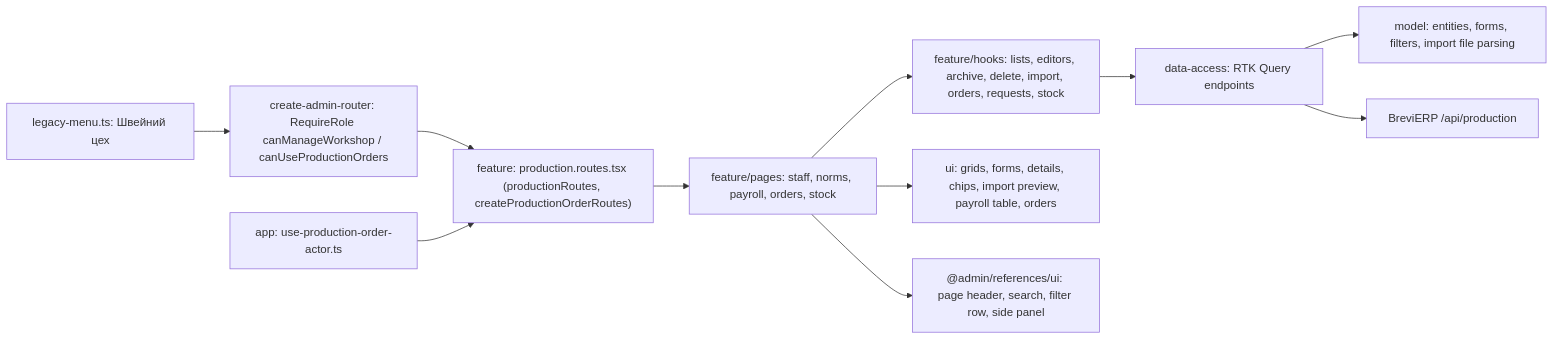
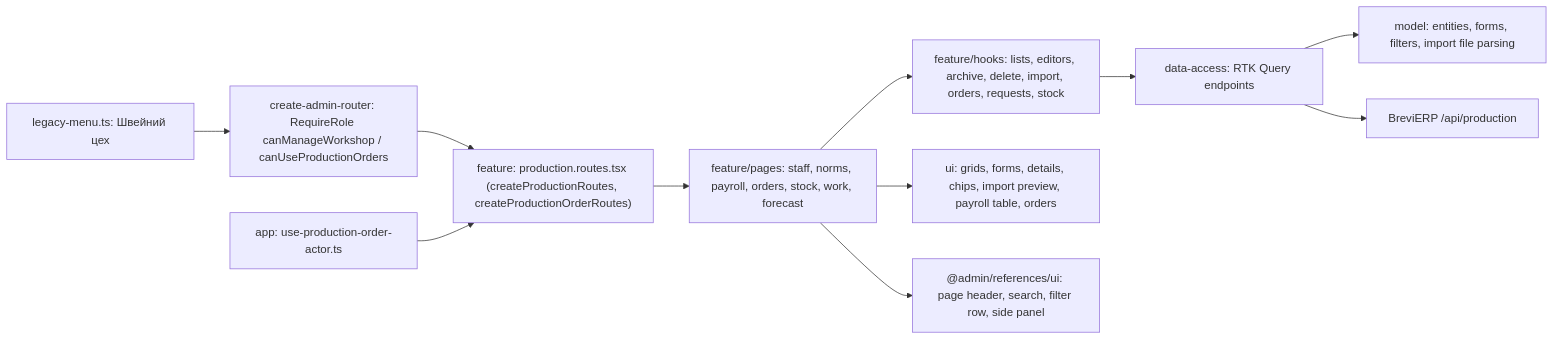
The diagram in docs/features/admin/production.md (Weretik/brevi-web), drawn with Mermaid before and after one commit. The commit also changed other lines of this file and 39 other files, not shown here.

````diff
--- a/docs/features/admin/production.md
+++ b/docs/features/admin/production.md
@@ -15,13 +17,13 @@
 ```mermaid
 flowchart LR
   Menu["legacy-menu.ts: Швейний цех"] --> Router["create-admin-router: RequireRole canManageWorkshop / canUseProductionOrders"]
-  Router --> Routes["feature: production.routes.tsx (productionRoutes, createProductionOrderRoutes)"]
+  Router --> Routes["feature: production.routes.tsx (createProductionRoutes, createProductionOrderRoutes)"]
   Actor["app: use-production-order-actor.ts"] --> Routes
-  Routes --> Pages["feature/pages: staff, norms, payroll, orders, stock"]
+  Routes --> Pages["feature/pages: staff, norms, payroll, orders, stock, work, forecast"]
   Pages --> Hooks["feature/hooks: lists, editors, archive, delete, import, orders, requests, stock"]
   Pages --> UI["ui: grids, forms, details, chips, import preview, payroll table, orders"]
   Pages --> RefUI["@admin/references/ui: page header, search, filter row, side panel"]
   Hooks --> DataAccess["data-access: RTK Query endpoints"]
   DataAccess --> Model["model: entities, forms, filters, import file parsing"]
   DataAccess --> API["BreviERP /api/production"]
 ```
````
